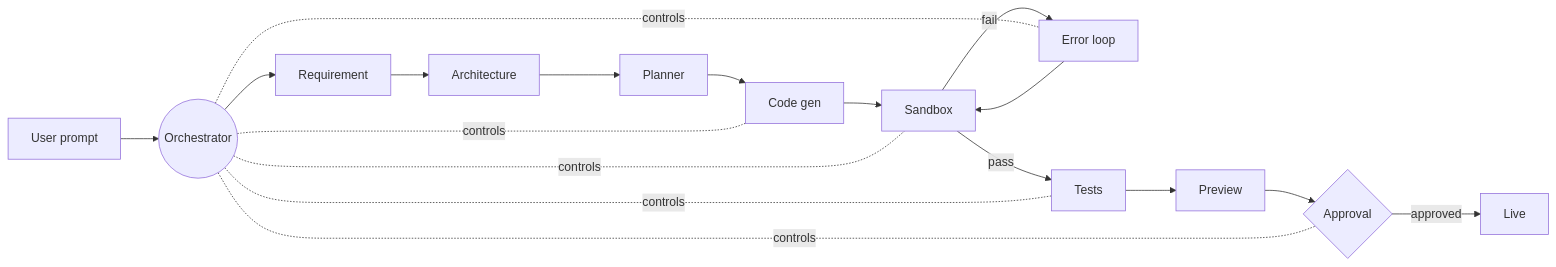
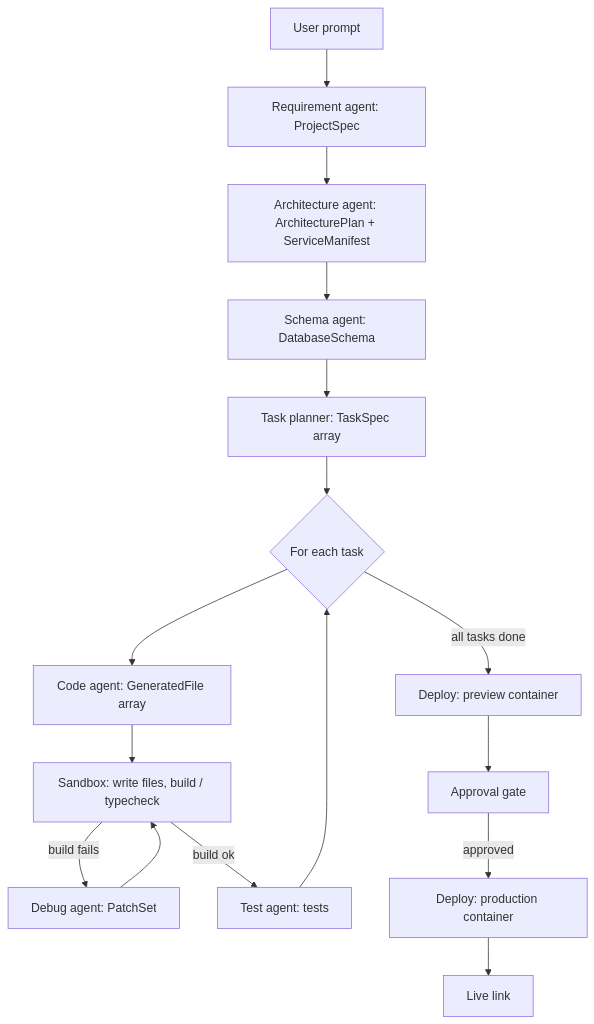
The second of 10 diagrams in README.md (prateushsharma/zazaphi), drawn with Mermaid before and after one commit. The commit also changed other lines of this file, not shown here.

````diff
--- a/README.md
+++ b/README.md
@@ -19,10 +110,18 @@
 ```mermaid
-flowchart LR
-    U[User prompt] --> O((Orchestrator))
-    O --> RA[Requirement] --> AR[Architecture] --> PL[Planner]
-    PL --> CG[Code gen] --> SB[Sandbox]
-    SB -->|fail| EL[Error loop] --> SB
-    SB -->|pass| TS[Tests] --> PV[Preview]
-    PV --> AP{Approval} -->|approved| LV[Live]
-    O -.controls.- CG & SB & EL & TS & AP
+flowchart TD
+    P[User prompt] --> R[Requirement agent: ProjectSpec]
+    R --> A[Architecture agent: ArchitecturePlan + ServiceManifest]
+    A --> S[Schema agent: DatabaseSchema]
+    S --> PL[Task planner: TaskSpec array]
+    PL --> LOOP{For each task}
+    LOOP --> C[Code agent: GeneratedFile array]
+    C --> SB[Sandbox: write files, build / typecheck]
+    SB -->|build fails| DBG[Debug agent: PatchSet]
+    DBG --> SB
+    SB -->|build ok| T[Test agent: tests]
+    T --> LOOP
+    LOOP -->|all tasks done| DP[Deploy: preview container]
+    DP --> APP[Approval gate]
+    APP -->|approved| PROD[Deploy: production container]
+    PROD --> LIVE[Live link]
 ```
````
